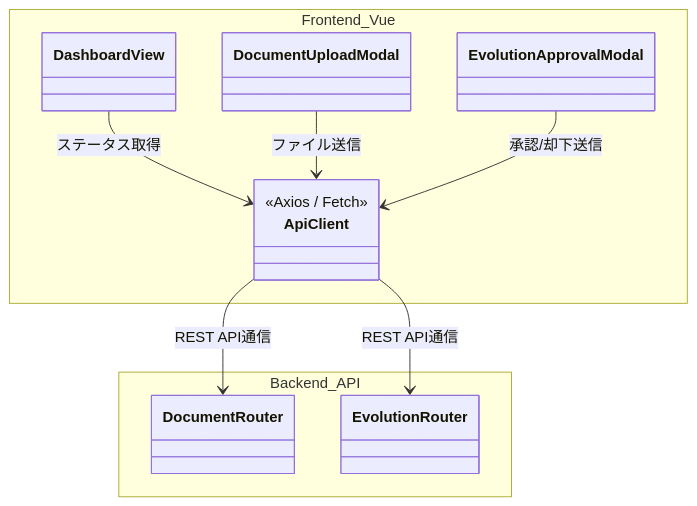
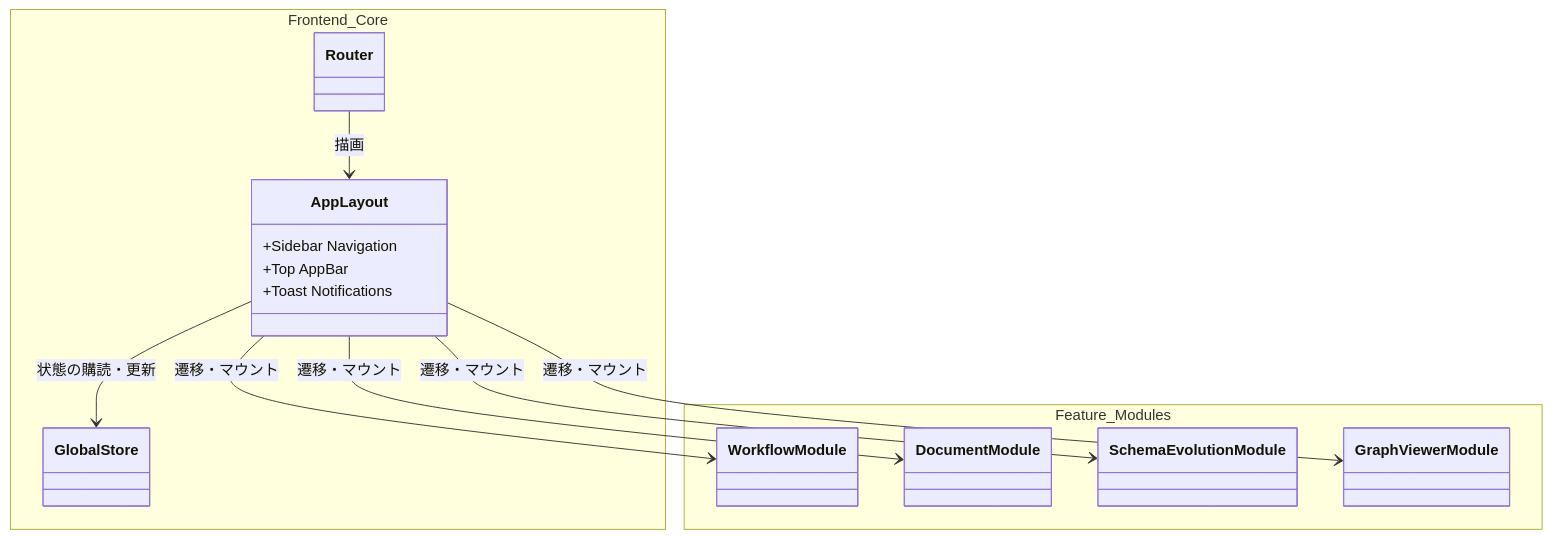
One commit to hiroooo000/ontoNgn changed the diagram in docs/detail_design/10_console_ui.md. Above: the diagram before and after it, drawn with Mermaid. The commit also changed other lines of this file and 4 other files, not shown here.

Commit message:
docs: separate console ui into portal, workflow, schema evolution and document management

````diff
--- a/docs/detail_design/10_console_ui.md
+++ b/docs/detail_design/10_console_ui.md
@@ -17,24 +22,28 @@
 ```mermaid
 classDiagram
     direction TB
     
-    namespace Frontend_Vue {
-        class DashboardView
-        class DocumentUploadModal
-        class EvolutionApprovalModal
-        class ApiClient {
-            <<Axios / Fetch>>
+    namespace Frontend_Core {
+        class AppLayout {
+            +Sidebar Navigation
+            +Top AppBar
+            +Toast Notifications
         }
+        class Router
+        class GlobalStore
     }
     
-    namespace Backend_API {
-        class DocumentRouter
-        class EvolutionRouter
+    namespace Feature_Modules {
+        class WorkflowModule
+        class DocumentModule
+        class SchemaEvolutionModule
+        class GraphViewerModule
     }
-
-    DashboardView --> ApiClient : ステータス取得
-    DocumentUploadModal --> ApiClient : ファイル送信
-    EvolutionApprovalModal --> ApiClient : 承認/却下送信
-    ApiClient --> DocumentRouter : REST API通信
-    ApiClient --> EvolutionRouter : REST API通信
+    
+    Router --> AppLayout : 描画
+    AppLayout --> GlobalStore : 状態の購読・更新
+    AppLayout --> WorkflowModule : 遷移・マウント
+    AppLayout --> DocumentModule : 遷移・マウント
+    AppLayout --> SchemaEvolutionModule : 遷移・マウント
+    AppLayout --> GraphViewerModule : 遷移・マウント
 ```
````
